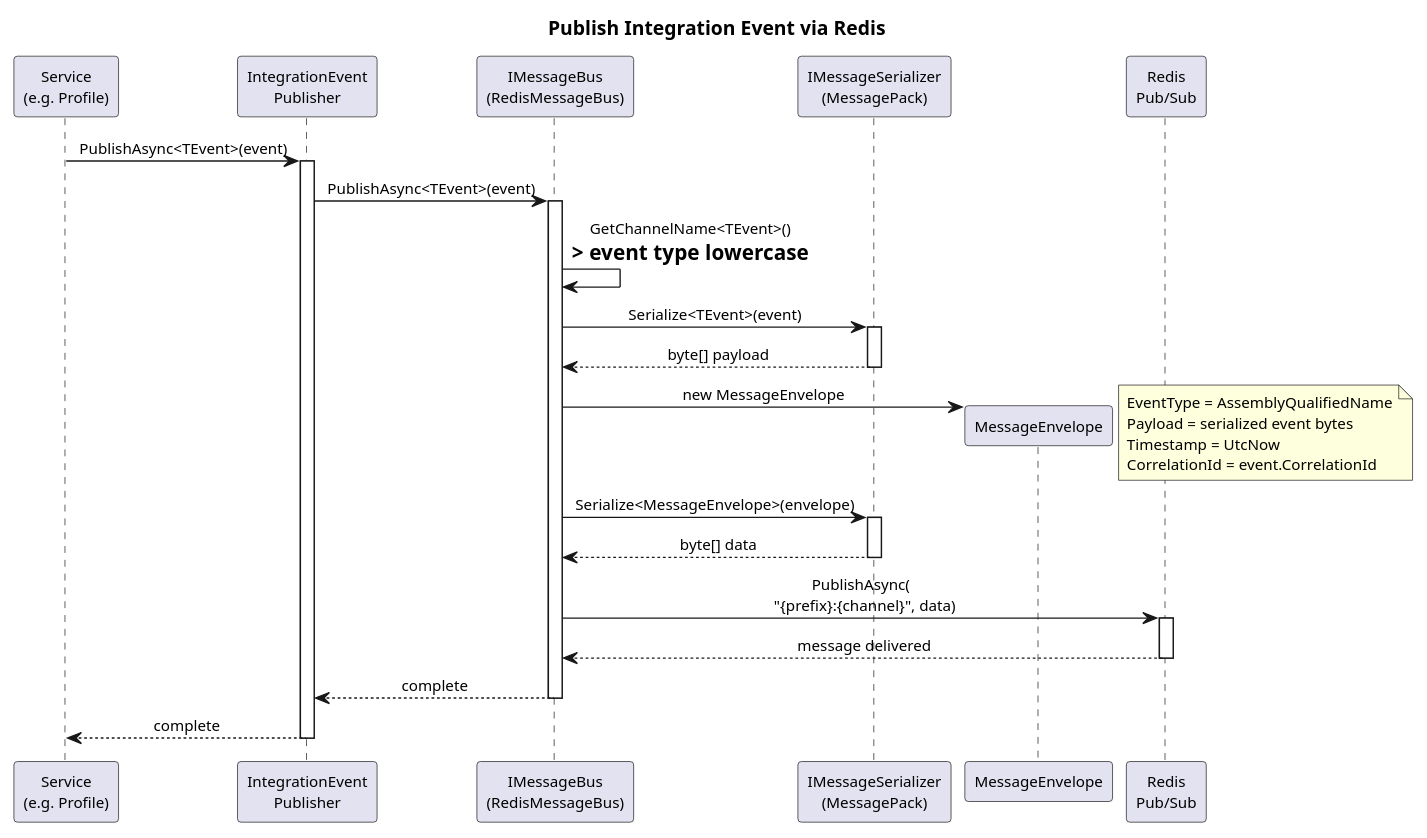
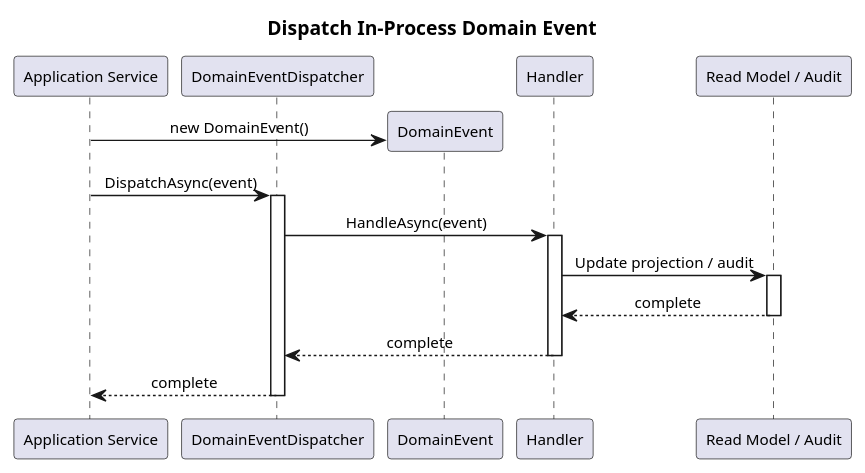
The diagram in docs/detailed-designs/12-modular-monolith-architecture/sequence-publish-event.puml (QuinntyneBrown/Coop), drawn with PlantUML before and after one commit. The commit also changed 3 other files, not shown here.

Commit message:
Update modular monolith architecture PlantUML diagrams

```diff
--- a/docs/detailed-designs/12-modular-monolith-architecture/sequence-publish-event.puml
+++ b/docs/detailed-designs/12-modular-monolith-architecture/sequence-publish-event.puml
@@ -1,51 +1,32 @@
 @startuml sequence-publish-event
 
 skinparam defaultFontSize 11
 skinparam shadowing false
 skinparam sequenceMessageAlign center
 skinparam pageMargin 10
 
-title Publish Integration Event via Redis
+title Dispatch In-Process Domain Event
 
-participant "Service\n(e.g. Profile)" as Service
-participant "IntegrationEvent\nPublisher" as Publisher
-participant "IMessageBus\n(RedisMessageBus)" as Bus
-participant "IMessageSerializer\n(MessagePack)" as Serializer
-participant "MessageEnvelope" as Envelope
-participant "Redis\nPub/Sub" as Redis
+participant "Application Service" as Service
+participant "DomainEventDispatcher" as Dispatcher
+participant "DomainEvent" as Event
+participant "Handler" as Handler
+participant "Read Model / Audit" as Projection
 
-Service -> Publisher : PublishAsync<TEvent>(event)
-activate Publisher
+Service -> Event ** : new DomainEvent()
+Service -> Dispatcher : DispatchAsync(event)
+activate Dispatcher
 
-Publisher -> Bus : PublishAsync<TEvent>(event)
-activate Bus
+Dispatcher -> Handler : HandleAsync(event)
+activate Handler
+Handler -> Projection : Update projection / audit
+activate Projection
+Projection --> Handler : complete
+deactivate Projection
+Handler --> Dispatcher : complete
+deactivate Handler
 
-Bus -> Bus : GetChannelName<TEvent>()\n=> event type lowercase
-
-Bus -> Serializer : Serialize<TEvent>(event)
-activate Serializer
-return byte[] payload
-
-Bus -> Envelope ** : new MessageEnvelope
-note right
-  EventType = AssemblyQualifiedName
-  Payload = serialized event bytes
-  Timestamp = UtcNow
-  CorrelationId = event.CorrelationId
-end note
-
-Bus -> Serializer : Serialize<MessageEnvelope>(envelope)
-activate Serializer
-return byte[] data
-
-Bus -> Redis : PublishAsync(\n  "{prefix}:{channel}", data)
-activate Redis
-return message delivered
-
-Bus --> Publisher : complete
-deactivate Bus
-
-Publisher --> Service : complete
-deactivate Publisher
+Dispatcher --> Service : complete
+deactivate Dispatcher
 
 @enduml
```
